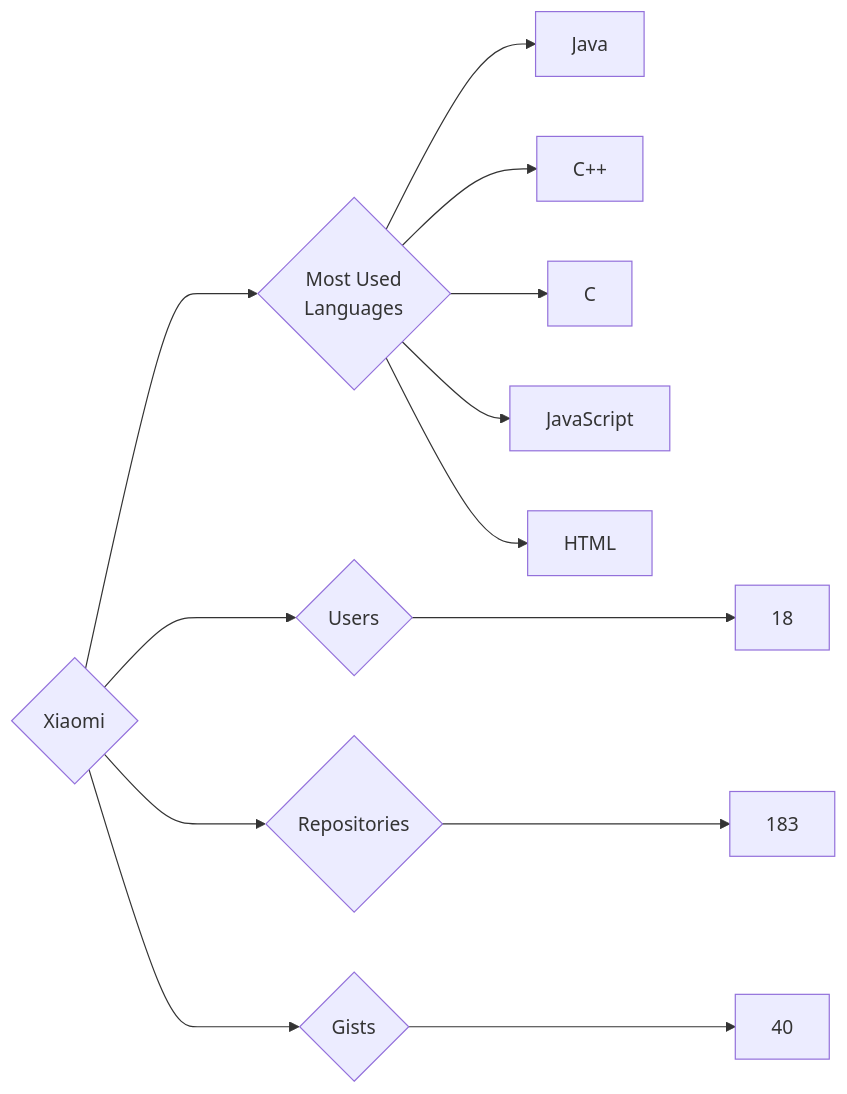
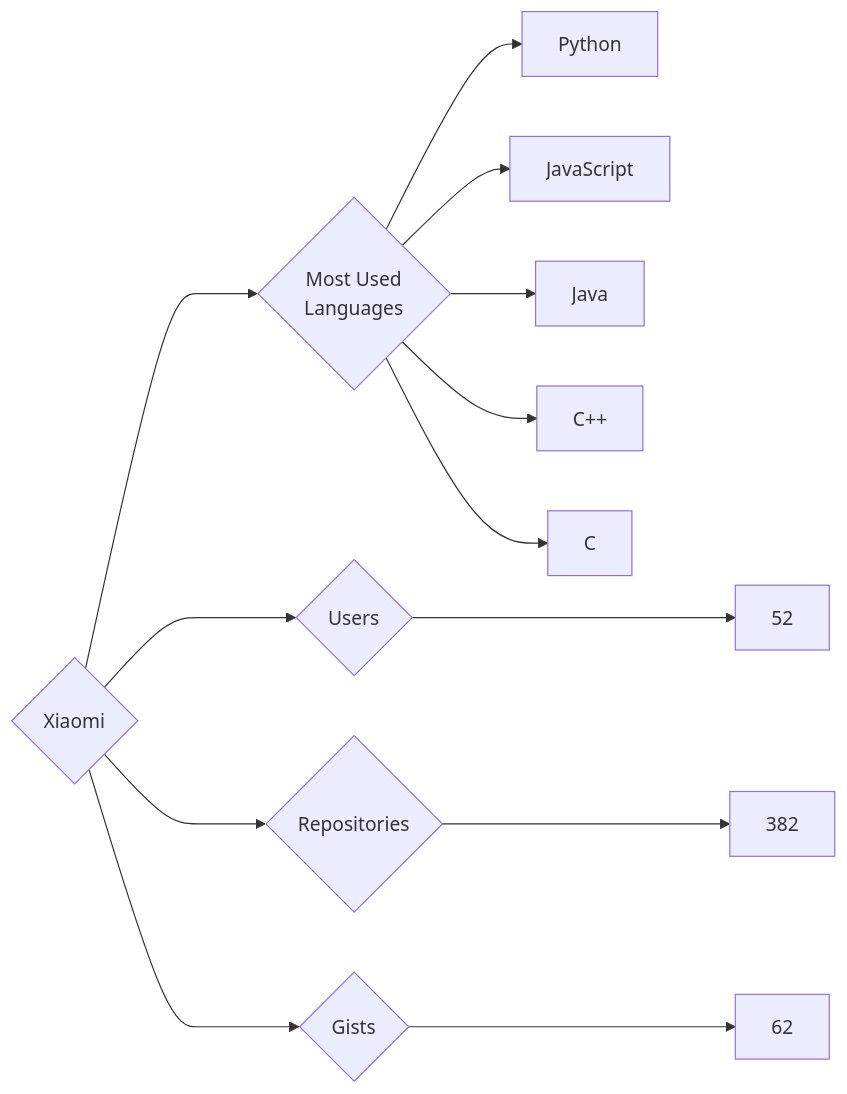
One commit to trickest/insiders changed the diagram in targets/Xiaomi/README.md. Above: the diagram before and after it, drawn with Mermaid. The commit also changed 860 other files, not shown here.

````diff
--- a/targets/Xiaomi/README.md
+++ b/targets/Xiaomi/README.md
@@ -3,13 +3,13 @@
 ```mermaid
 graph LR
 COMPANY_NAME{Xiaomi}
-COMPANY_NAME ---> U{Users} ---> UN[18]
-COMPANY_NAME ---> R{Repositories} ---> RN[183]
-COMPANY_NAME ---> G{Gists} ---> GN[40]
+COMPANY_NAME ---> U{Users} ---> UN[52]
+COMPANY_NAME ---> R{Repositories} ---> RN[382]
+COMPANY_NAME ---> G{Gists} ---> GN[62]
 COMPANY_NAME ---> ML{Most Used<br>Languages}
+ML --> Python[Python]
+ML --> JavaScript[JavaScript]
 ML --> Java[Java]
 ML --> C++[C++]
 ML --> C[C]
-ML --> JavaScript[JavaScript]
-ML --> HTML[HTML]
 ```
````
